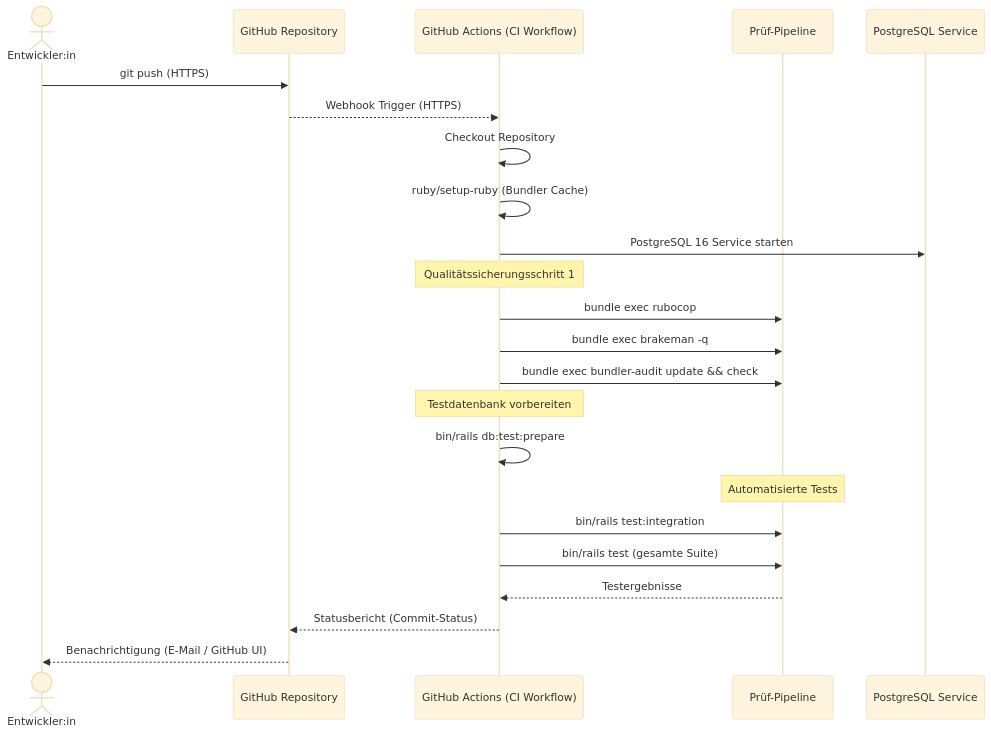
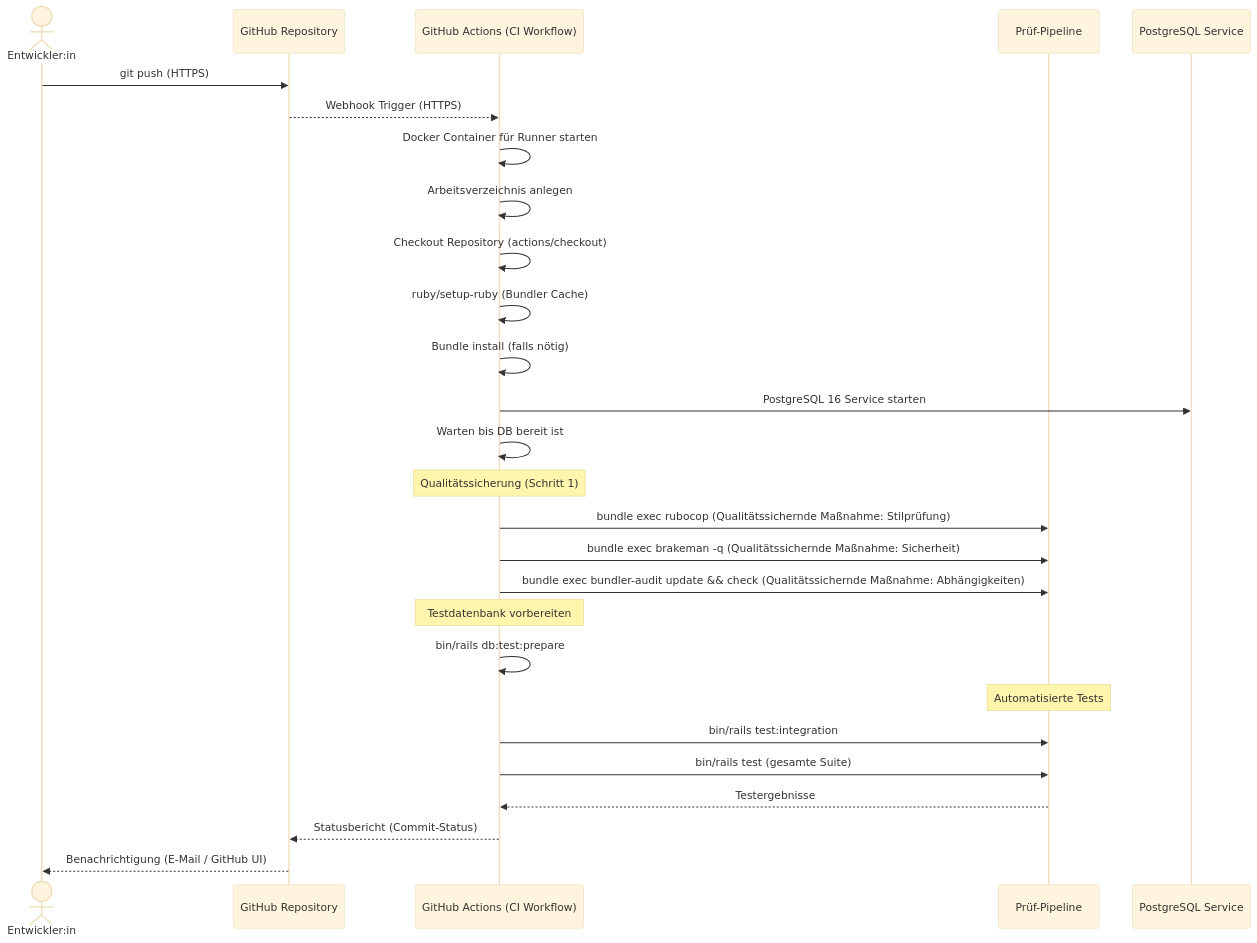
One commit to nerminitech/BrainBuster changed the diagram in docs/pipeline_sequence.md. Above: the diagram before and after it, drawn with Mermaid (base theme). The commit also changed 3 other files, not shown here.

Commit message:
change: sequence diagramm and wiso

````diff
--- a/docs/pipeline_sequence.md
+++ b/docs/pipeline_sequence.md
@@ -3,31 +3,35 @@
 ```mermaid
 sequenceDiagram
     actor Dev as Entwickler:in
     participant Repo as GitHub Repository
     participant CI as GitHub Actions (CI Workflow)
     participant QA as Prüf-Pipeline
     participant DB as PostgreSQL Service
 
     Dev->>Repo: git push (HTTPS)
     Repo-->>CI: Webhook Trigger (HTTPS)
 
-    CI->>CI: Checkout Repository
+    CI->>CI: Docker Container für Runner starten
+    CI->>CI: Arbeitsverzeichnis anlegen
+    CI->>CI: Checkout Repository (actions/checkout)
     CI->>CI: ruby/setup-ruby (Bundler Cache)
+    CI->>CI: Bundle install (falls nötig)
     CI->>DB: PostgreSQL 16 Service starten
+    CI->>CI: Warten bis DB bereit ist
 
-    Note over CI: Qualitätssicherungsschritt 1
-    CI->>QA: bundle exec rubocop
-    CI->>QA: bundle exec brakeman -q
-    CI->>QA: bundle exec bundler-audit update && check
+    Note over CI: Qualitätssicherung (Schritt 1)
+    CI->>QA: bundle exec rubocop (Qualitätssichernde Maßnahme: Stilprüfung)
+    CI->>QA: bundle exec brakeman -q (Qualitätssichernde Maßnahme: Sicherheit)
+    CI->>QA: bundle exec bundler-audit update && check (Qualitätssichernde Maßnahme: Abhängigkeiten)
 
     Note over CI: Testdatenbank vorbereiten
     CI->>CI:  bin/rails db:test:prepare
 
     Note over QA: Automatisierte Tests
     CI->>QA: bin/rails test:integration
     CI->>QA: bin/rails test (gesamte Suite)
 
     QA-->>CI: Testergebnisse
     CI-->>Repo: Statusbericht (Commit-Status)
     Repo-->>Dev: Benachrichtigung (E-Mail / GitHub UI)
 ```
````
